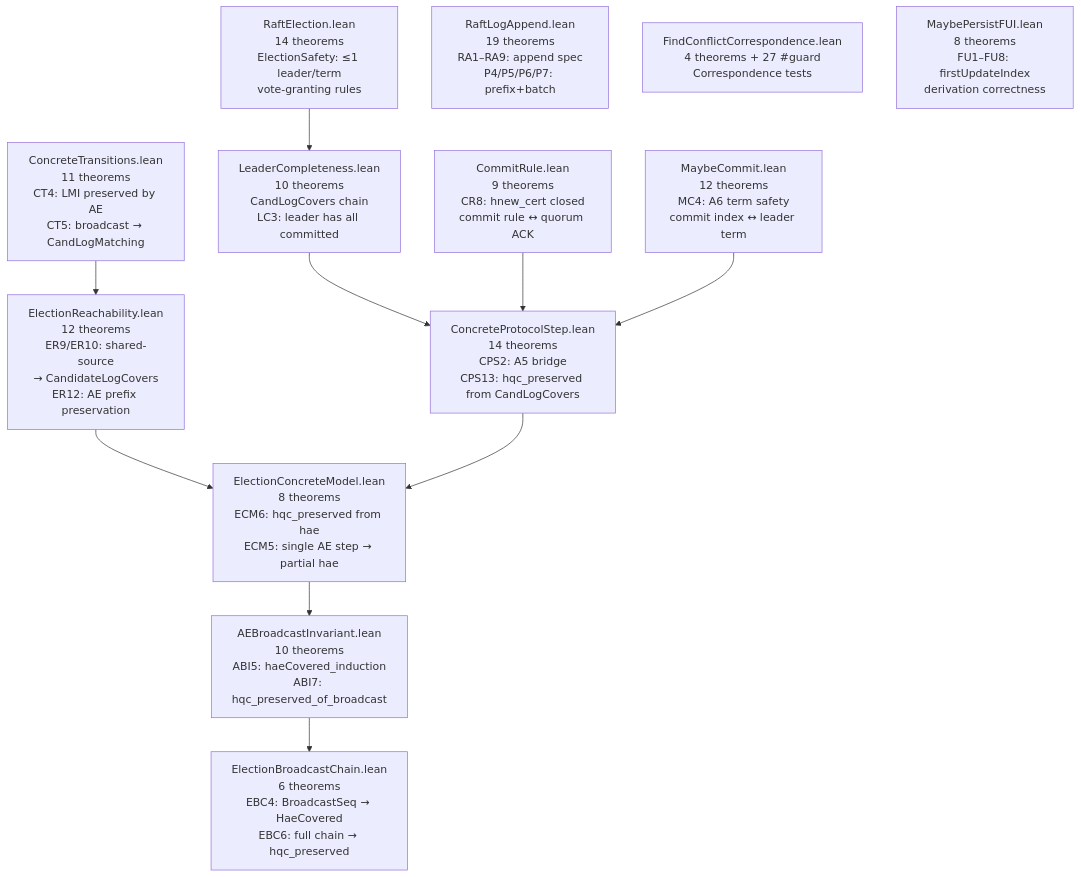
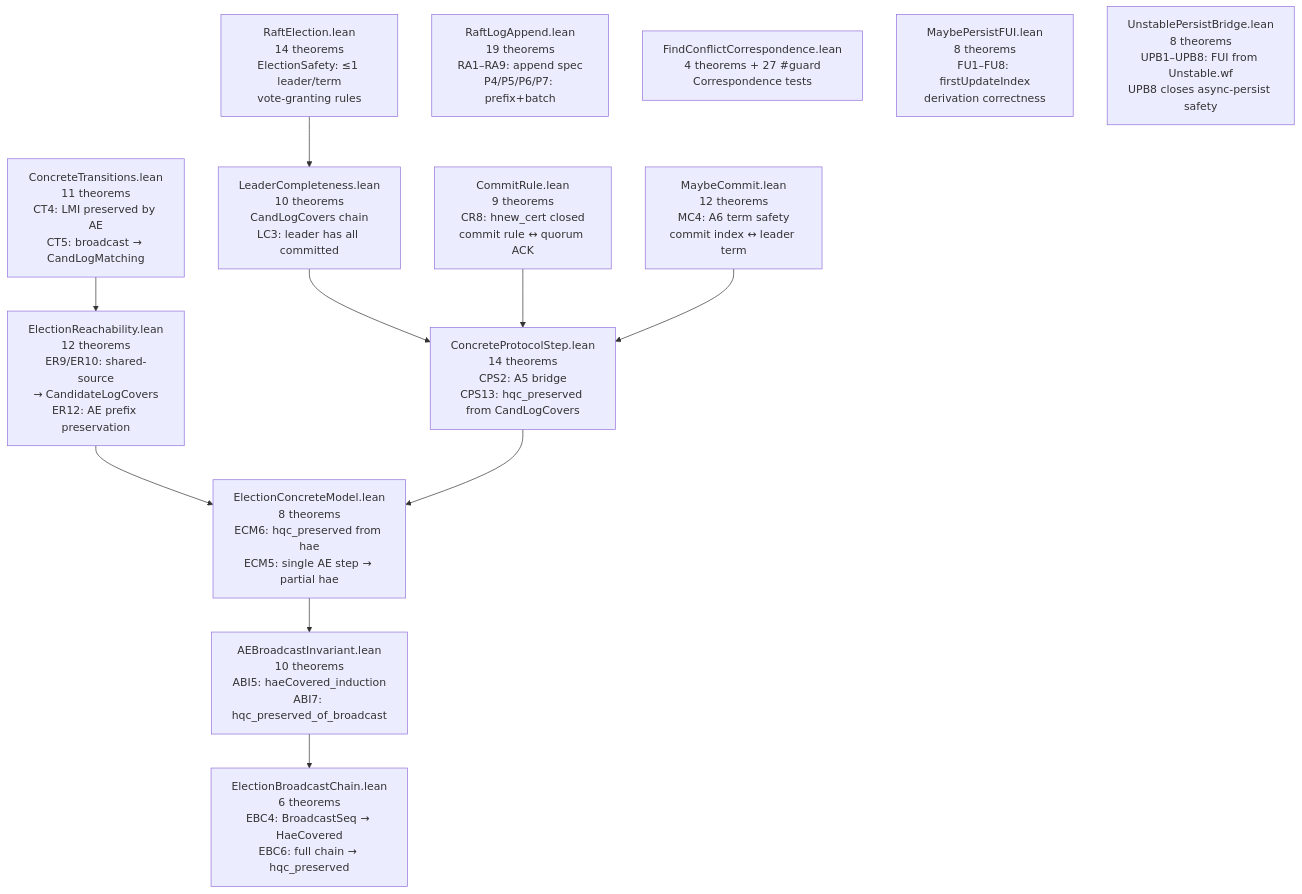
The eighth of 11 diagrams in formal-verification/REPORT.md (dsyme/raft-lean-squad), drawn with Mermaid before and after one commit. The commit also changed other lines of this file and 1 other file, not shown here.

First line of the commit message:
feat(fv): Run 95 — LogUnstable WF7+WF8 (Task 5) + REPORT.md update (Task 10)

````diff
--- a/formal-verification/REPORT.md
+++ b/formal-verification/REPORT.md
@@ -255,26 +264,27 @@
 ```mermaid
 graph TD
     RE["RaftElection.lean<br/>14 theorems<br/>ElectionSafety: ≤1 leader/term<br/>vote-granting rules"]
     LC["LeaderCompleteness.lean<br/>10 theorems<br/>CandLogCovers chain<br/>LC3: leader has all committed"]
     CT["ConcreteTransitions.lean<br/>11 theorems<br/>CT4: LMI preserved by AE<br/>CT5: broadcast → CandLogMatching"]
     CR["CommitRule.lean<br/>9 theorems<br/>CR8: hnew_cert closed<br/>commit rule ↔ quorum ACK"]
     MC["MaybeCommit.lean<br/>12 theorems<br/>MC4: A6 term safety<br/>commit index ↔ leader term"]
     CPS["ConcreteProtocolStep.lean<br/>14 theorems<br/>CPS2: A5 bridge<br/>CPS13: hqc_preserved from CandLogCovers"]
     ER["ElectionReachability.lean<br/>12 theorems<br/>ER9/ER10: shared-source<br/>→ CandidateLogCovers<br/>ER12: AE prefix preservation"]
     ECM["ElectionConcreteModel.lean<br/>8 theorems<br/>ECM6: hqc_preserved from hae<br/>ECM5: single AE step → partial hae"]
     RLA["RaftLogAppend.lean<br/>19 theorems<br/>RA1–RA9: append spec<br/>P4/P5/P6/P7: prefix+batch"]
     ABI["AEBroadcastInvariant.lean<br/>10 theorems<br/>ABI5: haeCovered_induction<br/>ABI7: hqc_preserved_of_broadcast"]
     EBC["ElectionBroadcastChain.lean<br/>6 theorems<br/>EBC4: BroadcastSeq → HaeCovered<br/>EBC6: full chain → hqc_preserved"]
     FCC["FindConflictCorrespondence.lean<br/>4 theorems + 27 #guard<br/>Correspondence tests"]
     MPFUI["MaybePersistFUI.lean<br/>8 theorems<br/>FU1–FU8: firstUpdateIndex<br/>derivation correctness"]
+    UPB["UnstablePersistBridge.lean<br/>8 theorems<br/>UPB1–UPB8: FUI from Unstable.wf<br/>UPB8 closes async-persist safety"]
 
     RE --> LC
     CT --> ER
     LC --> CPS
     ER --> ECM
     CPS --> ECM
     CR --> CPS
     MC --> CPS
     ECM --> ABI
     ABI --> EBC
 ```
````
